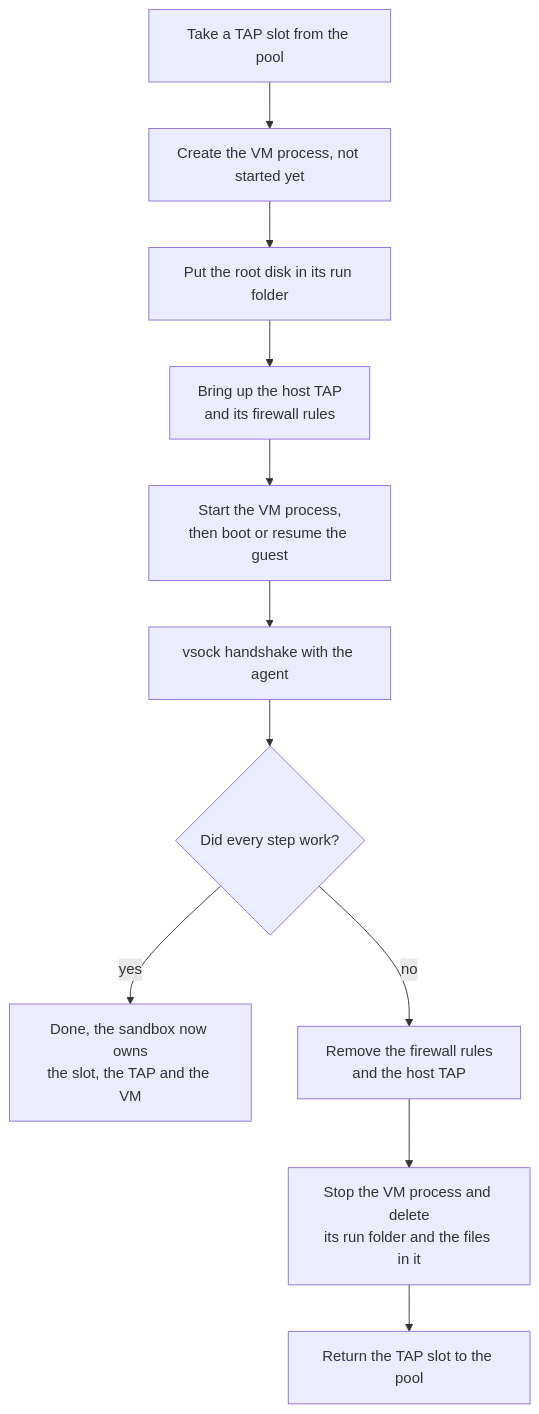
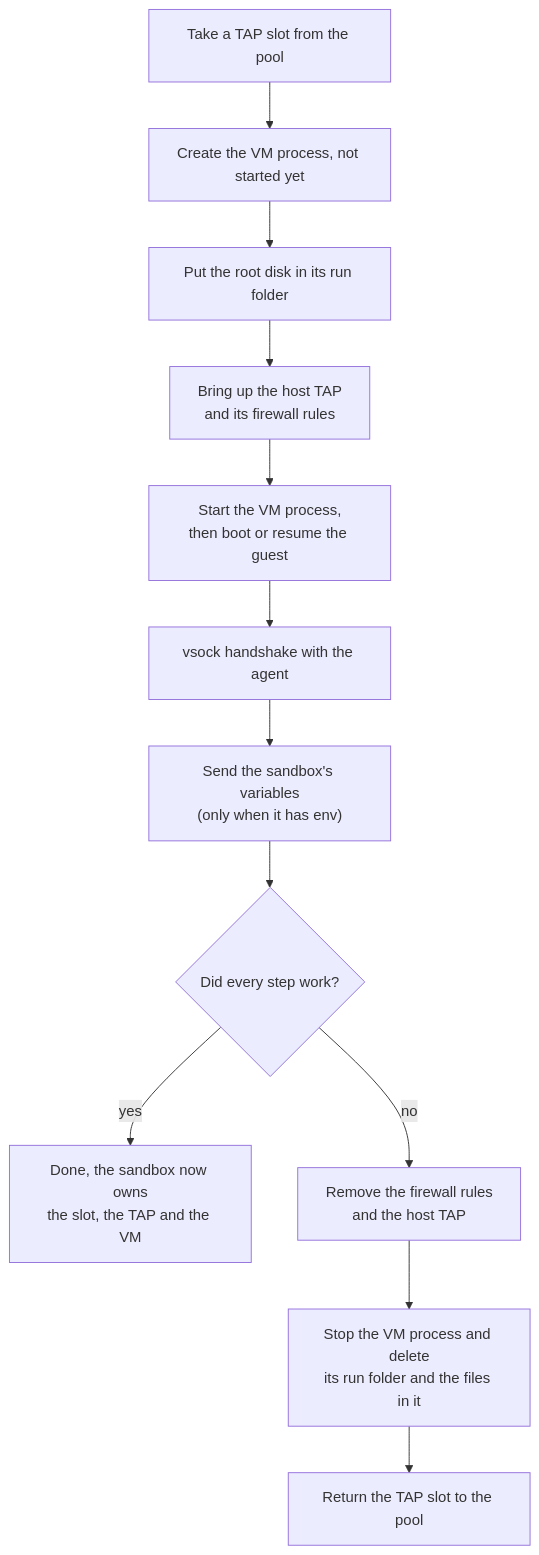
The fourth of 5 diagrams in docs/src/content/docs/firecracker-architecture.mdx (aerol-ai/microvm), drawn with Mermaid before and after one commit. The commit also changed other lines of this file and 4 other files, not shown here.

````diff
--- a/docs/src/content/docs/firecracker-architecture.mdx
+++ b/docs/src/content/docs/firecracker-architecture.mdx
@@ -164,13 +169,14 @@
 ```mermaid
 flowchart TB
     S1["Take a TAP slot from the pool"] --> S2["Create the VM process, not started yet"]
     S2 --> S3["Put the root disk in its run folder"]
     S3 --> S4["Bring up the host TAP<br/>and its firewall rules"]
     S4 --> S5["Start the VM process,<br/>then boot or resume the guest"]
     S5 --> S6["vsock handshake with the agent"]
-    S6 --> CHK{"Did every step work?"}
+    S6 --> S7["Send the sandbox's variables<br/>(only when it has env)"]
+    S7 --> CHK{"Did every step work?"}
     CHK -- "yes" --> OK["Done, the sandbox now owns<br/>the slot, the TAP and the VM"]
     CHK -- "no" --> U1["Remove the firewall rules<br/>and the host TAP"]
     U1 --> U2["Stop the VM process and delete<br/>its run folder and the files in it"]
     U2 --> U3["Return the TAP slot to the pool"]
 ```
````
